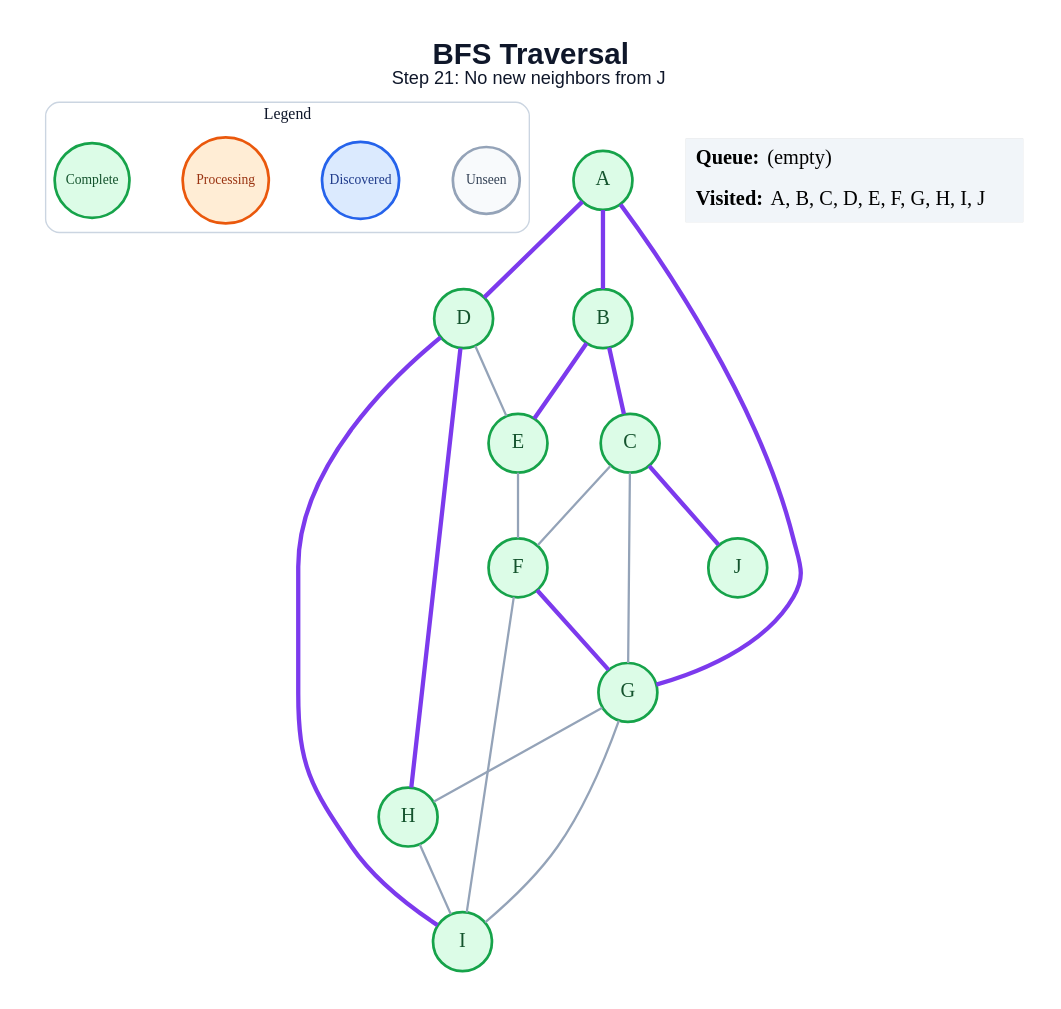
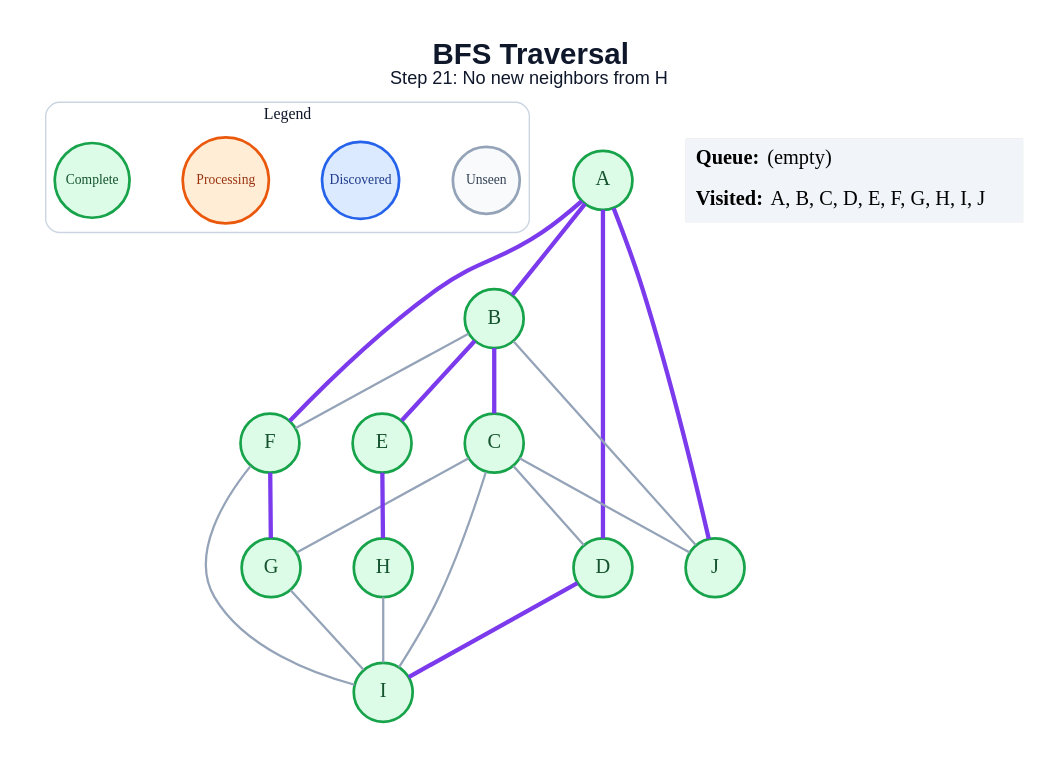
The diagram in generated/bfs/step_21.dot (anon7238593-create/ai-slop), drawn with Graphviz before and after one commit. The commit also changed 178 other files, not shown here.

```diff
--- a/generated/bfs/step_21.dot
+++ b/generated/bfs/step_21.dot
@@ -1,46 +1,47 @@
 graph traversal {
   graph [layout=dot, rankdir=TB, bgcolor="#FFFFFF", pad="0.35", nodesep="0.65", ranksep="0.8", fontname="Arial"];
   node [shape=circle, style="filled", fontname="Arial Bold", fontsize=18, width=0.72, fixedsize=true, penwidth=2.4];
   edge [color="#94A3B8", penwidth=2.0];
-  label=<<B>BFS Traversal</B><BR/><FONT POINT-SIZE="16">Step 21: No new neighbors from J</FONT>>; labelloc="t"; fontsize=26; fontname="Arial"; fontcolor="#0F172A";
+  label=<<B>BFS Traversal</B><BR/><FONT POINT-SIZE="16">Step 21: No new neighbors from H</FONT>>; labelloc="t"; fontsize=26; fontname="Arial"; fontcolor="#0F172A";
   subgraph cluster_legend { label="Legend"; color="#CBD5E1"; penwidth=1.2; style="rounded"; fontsize=14; fontname="Arial Bold";
     key_unseen [label="Unseen", fillcolor="#F8FAFC", color="#94A3B8", fontcolor="#334155", fontsize=12, width=0.82];
     key_frontier [label="Discovered", fillcolor="#DBEAFE", color="#2563EB", fontcolor="#1E3A8A", fontsize=12, width=0.95];
     key_current [label="Processing", fillcolor="#FFEDD5", color="#EA580C", fontcolor="#9A3412", fontsize=12, width=1.05];
     key_done [label="Complete", fillcolor="#DCFCE7", color="#16A34A", fontcolor="#14532D", fontsize=12, width=0.92];
     { rank=same; key_unseen; key_frontier; key_current; key_done; }
   }
   A [fillcolor="#DCFCE7", color="#16A34A", fontcolor="#14532D"];
   B [fillcolor="#DCFCE7", color="#16A34A", fontcolor="#14532D"];
   C [fillcolor="#DCFCE7", color="#16A34A", fontcolor="#14532D"];
   D [fillcolor="#DCFCE7", color="#16A34A", fontcolor="#14532D"];
   E [fillcolor="#DCFCE7", color="#16A34A", fontcolor="#14532D"];
   F [fillcolor="#DCFCE7", color="#16A34A", fontcolor="#14532D"];
   G [fillcolor="#DCFCE7", color="#16A34A", fontcolor="#14532D"];
   H [fillcolor="#DCFCE7", color="#16A34A", fontcolor="#14532D"];
   I [fillcolor="#DCFCE7", color="#16A34A", fontcolor="#14532D"];
   J [fillcolor="#DCFCE7", color="#16A34A", fontcolor="#14532D"];
   A -- B [color="#7C3AED", penwidth=3.8];
   A -- D [color="#7C3AED", penwidth=3.8];
-  A -- G [color="#7C3AED", penwidth=3.8];
+  A -- F [color="#7C3AED", penwidth=3.8];
+  A -- J [color="#7C3AED", penwidth=3.8];
   B -- C [color="#7C3AED", penwidth=3.8];
   B -- E [color="#7C3AED", penwidth=3.8];
-  C -- F;
+  B -- F;
+  B -- J;
+  C -- D;
   C -- G;
-  C -- J [color="#7C3AED", penwidth=3.8];
-  D -- E;
-  D -- H [color="#7C3AED", penwidth=3.8];
+  C -- I;
+  C -- J;
   D -- I [color="#7C3AED", penwidth=3.8];
-  E -- F;
+  E -- H [color="#7C3AED", penwidth=3.8];
   F -- G [color="#7C3AED", penwidth=3.8];
   F -- I;
-  G -- H;
   G -- I;
   H -- I;
   status [shape=plain, fixedsize=false, width=0, height=0, margin=0, label=<
     <TABLE BORDER="0" CELLBORDER="0" CELLPADDING="7" BGCOLOR="#F1F5F9">
       <TR><TD ALIGN="LEFT"><B>Queue:</B> (empty)</TD></TR>
       <TR><TD ALIGN="LEFT"><B>Visited:</B> A, B, C, D, E, F, G, H, I, J</TD></TR>
     </TABLE>
   >];
 }
```
